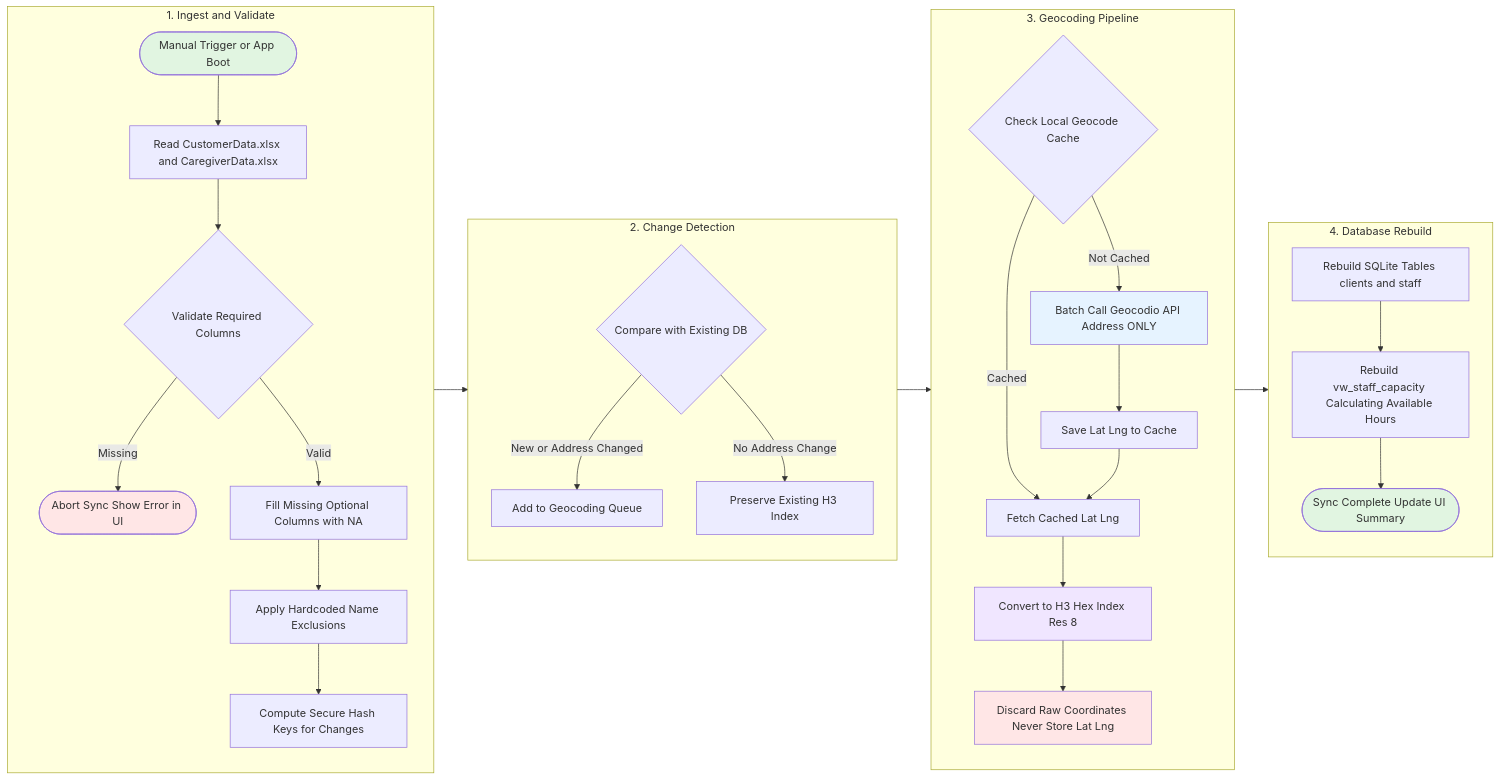
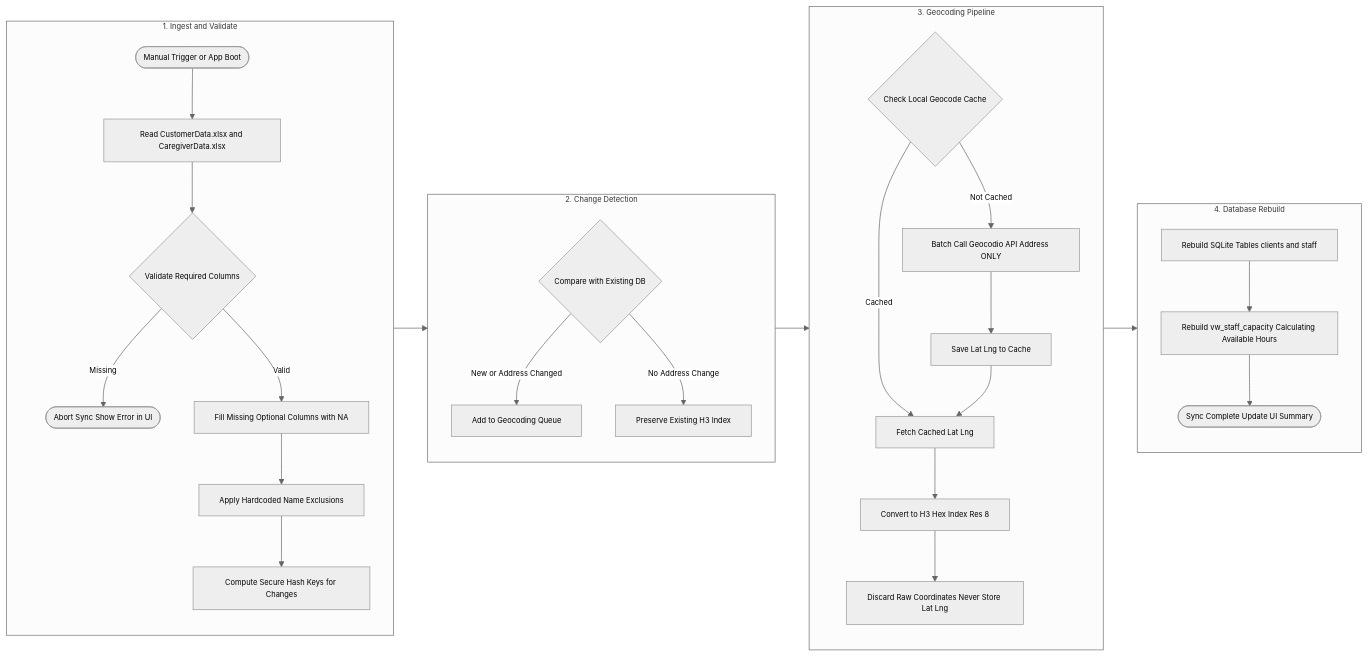
One commit to the-write-path-code/ch07-proactive-event-driven-agents changed the first of 5 diagrams in workflows/architecture_workflows.md. Above: the diagram before and after it, drawn with Mermaid. The commit also changed other lines of this file, not shown here.

First line of the commit message:
Refactor mermaid diagrams and remove styles

````diff
--- a/workflows/architecture_workflows.md
+++ b/workflows/architecture_workflows.md
@@ -30,48 +30,43 @@
 ```mermaid
+%%{init: {"theme": "neutral", "themeVariables": {"fontFamily": "Arial, Helvetica, sans-serif", "fontSize": "11px", "actorFontSize": "11px", "noteFontSize": "10px", "messageFontSize": "10px"}}}%%
 flowchart LR
     subgraph P1["1. Ingest and Validate"]
         direction TB
         Start([Manual Trigger or App Boot]) --> ReadExcel[Read CustomerData.xlsx and CaregiverData.xlsx]
         ReadExcel --> Validate{Validate Required Columns}
         Validate -->|Missing| Abort([Abort Sync Show Error in UI])
         Validate -->|Valid| FillOptional[Fill Missing Optional Columns with NA]
         FillOptional --> Exclusions[Apply Hardcoded Name Exclusions]
         Exclusions --> SurrogateKey[Compute Secure Hash Keys for Changes]
     end
 
     subgraph P2["2. Change Detection"]
         direction TB
         Compare{Compare with Existing DB}
         Compare -->|New or Address Changed| GeocodeQueue[Add to Geocoding Queue]
         Compare -->|No Address Change| Preserve[Preserve Existing H3 Index]
     end
 
     subgraph P3["3. Geocoding Pipeline"]
         direction TB
         CheckCache{Check Local Geocode Cache}
         CheckCache -->|Cached| FetchCache[Fetch Cached Lat Lng]
         CheckCache -->|Not Cached| CallGeocodio[Batch Call Geocodio API Address ONLY]
         CallGeocodio --> SaveCache[Save Lat Lng to Cache]
         SaveCache --> FetchCache
         FetchCache --> H3Conversion[Convert to H3 Hex Index Res 8]
         H3Conversion --> Discard[Discard Raw Coordinates Never Store Lat Lng]
     end
 
     subgraph P4["4. Database Rebuild"]
         direction TB
         RebuildDB[Rebuild SQLite Tables clients and staff]
         RebuildDB --> RebuildView[Rebuild vw_staff_capacity Calculating Available Hours]
         RebuildView --> End([Sync Complete Update UI Summary])
     end
 
     P1 --> P2
     P2 --> P3
     P3 --> P4
 
-    style Start fill:#e1f5e1
-    style End fill:#e1f5e1
-    style Abort fill:#ffe6e6
-    style CallGeocodio fill:#e6f3ff
-    style H3Conversion fill:#f0e6ff
-    style Discard fill:#ffe6e6
 ```
````
